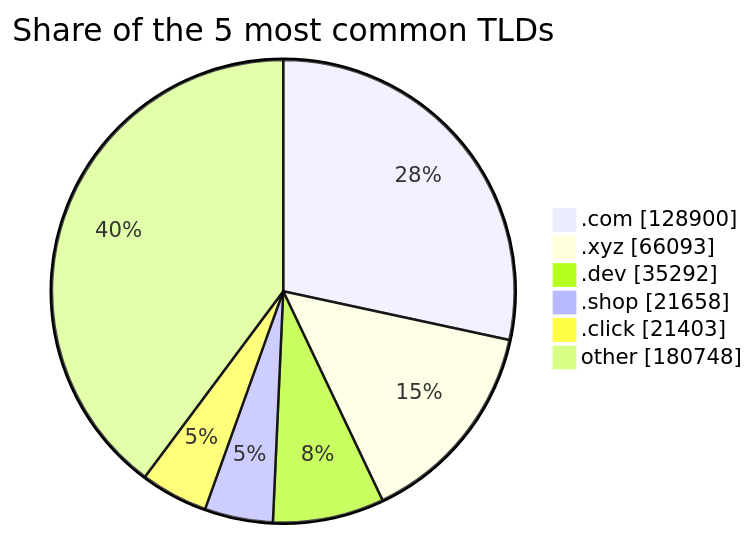
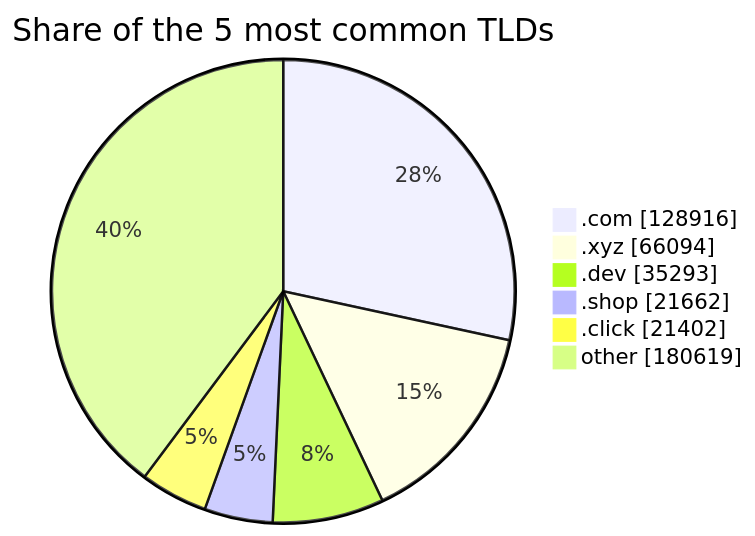
Before and after one commit to DNSBunker/CTI: the third of 3 diagrams in README.md, drawn with Mermaid. The commit also changed other lines of this file and 3 other files, not shown here.

````diff
--- a/README.md
+++ b/README.md
@@ -81,9 +81,9 @@
 ```mermaid
 pie showData title Share of the 5 most common TLDs
-    ".com" : 128900
-    ".xyz" : 66093
-    ".dev" : 35292
-    ".shop" : 21658
-    ".click" : 21403
-    "other" : 180748
+    ".com" : 128916
+    ".xyz" : 66094
+    ".dev" : 35293
+    ".shop" : 21662
+    ".click" : 21402
+    "other" : 180619
 ```
````
